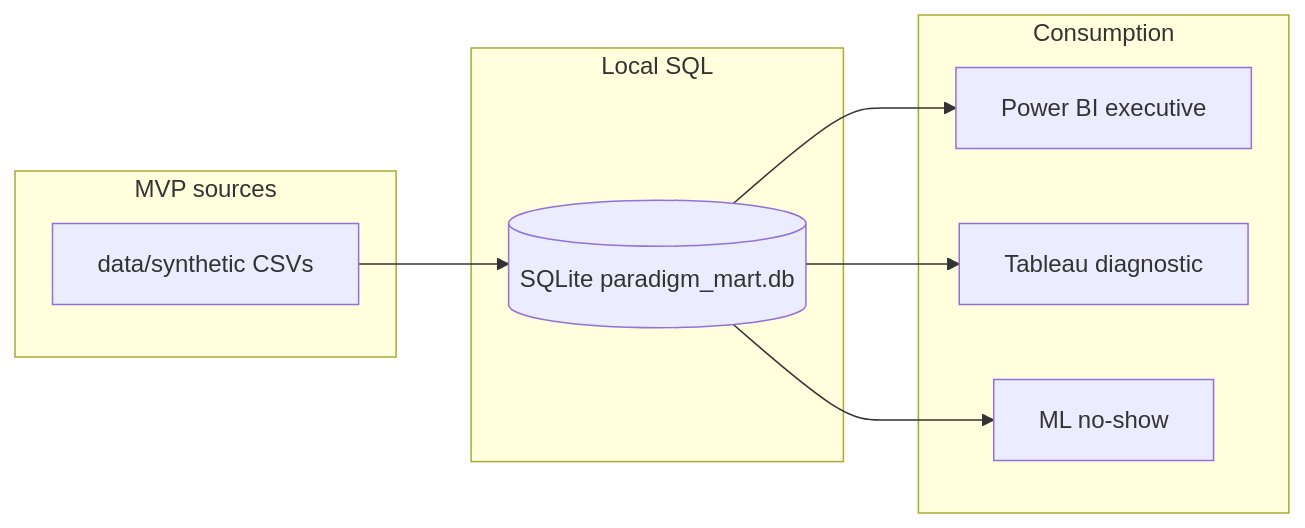
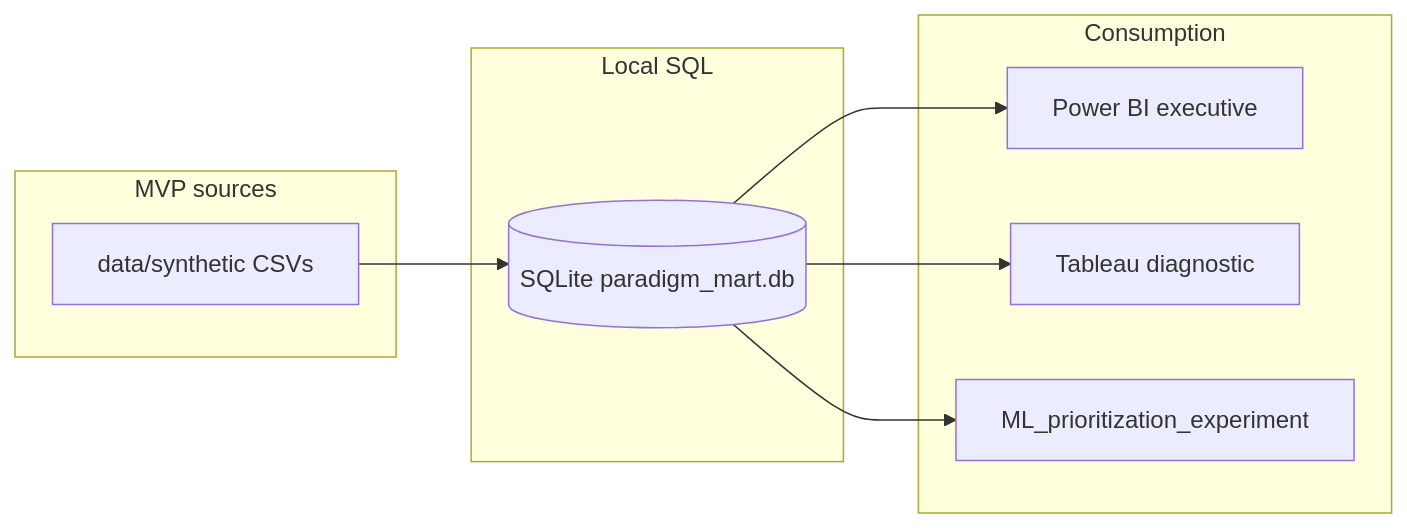
The second of 2 diagrams in docs/architecture.md (Agus-Delgado/Paradigm-), drawn with Mermaid before and after one commit. The commit also changed other lines of this file and 8 other files, not shown here.

````diff
--- a/docs/architecture.md
+++ b/docs/architecture.md
@@ -111,18 +111,18 @@
 ```mermaid
 flowchart LR
   subgraph sources [MVP sources]
     Syn[data/synthetic CSVs]
   end
   subgraph mart [Local SQL]
     SQL[(SQLite paradigm_mart.db)]
   end
   subgraph consumption [Consumption]
     PBI[Power BI executive]
     Tab[Tableau diagnostic]
-    ML[ML no-show]
+    ML[ML_prioritization_experiment]
   end
   Syn --> SQL
   SQL --> PBI
   SQL --> Tab
   SQL --> ML
 ```
````
